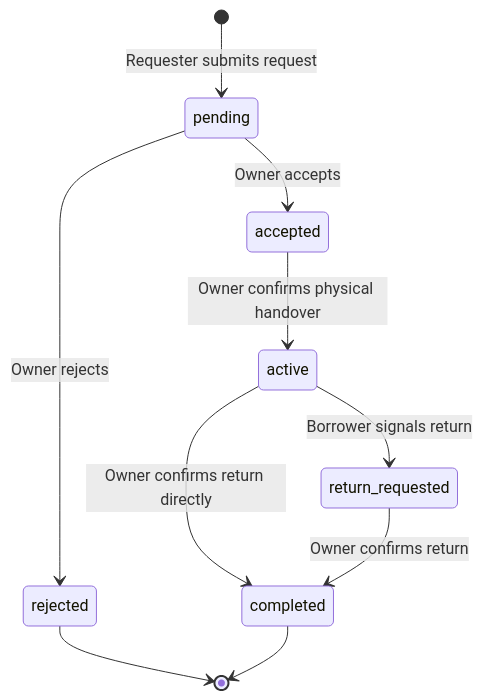
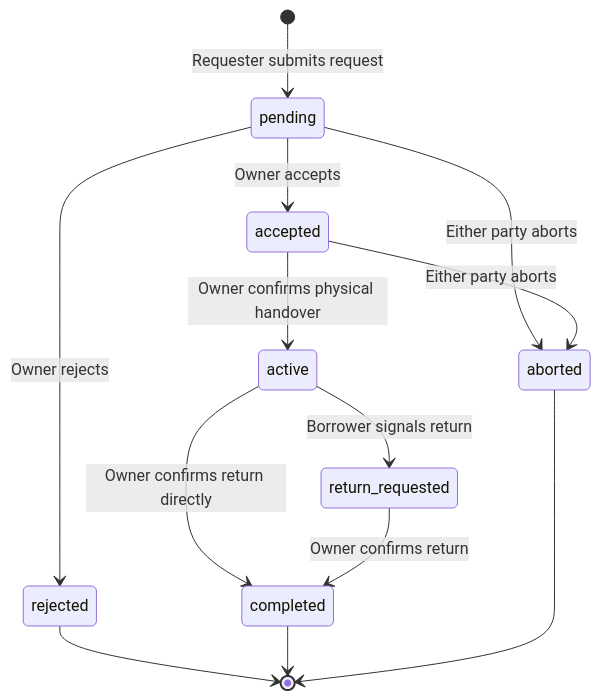
Before and after one commit to share-open-sharing-infrastructure/share-mvp: the second of 2 diagrams in docs/domain-model.md, drawn with Mermaid. The commit also changed other lines of this file and 9 other files, not shown here.

````diff
--- a/docs/domain-model.md
+++ b/docs/domain-model.md
@@ -133,12 +133,15 @@
 ```mermaid
 stateDiagram-v2
     [*] --> pending : Requester submits request
     pending --> accepted : Owner accepts
     pending --> rejected : Owner rejects
     accepted --> active : Owner confirms physical handover
     active --> return_requested : Borrower signals return
     active --> completed : Owner confirms return directly
     return_requested --> completed : Owner confirms return
+    pending --> aborted : Either party aborts
+    accepted --> aborted : Either party aborts
     rejected --> [*]
     completed --> [*]
+    aborted --> [*]
 ```
````
